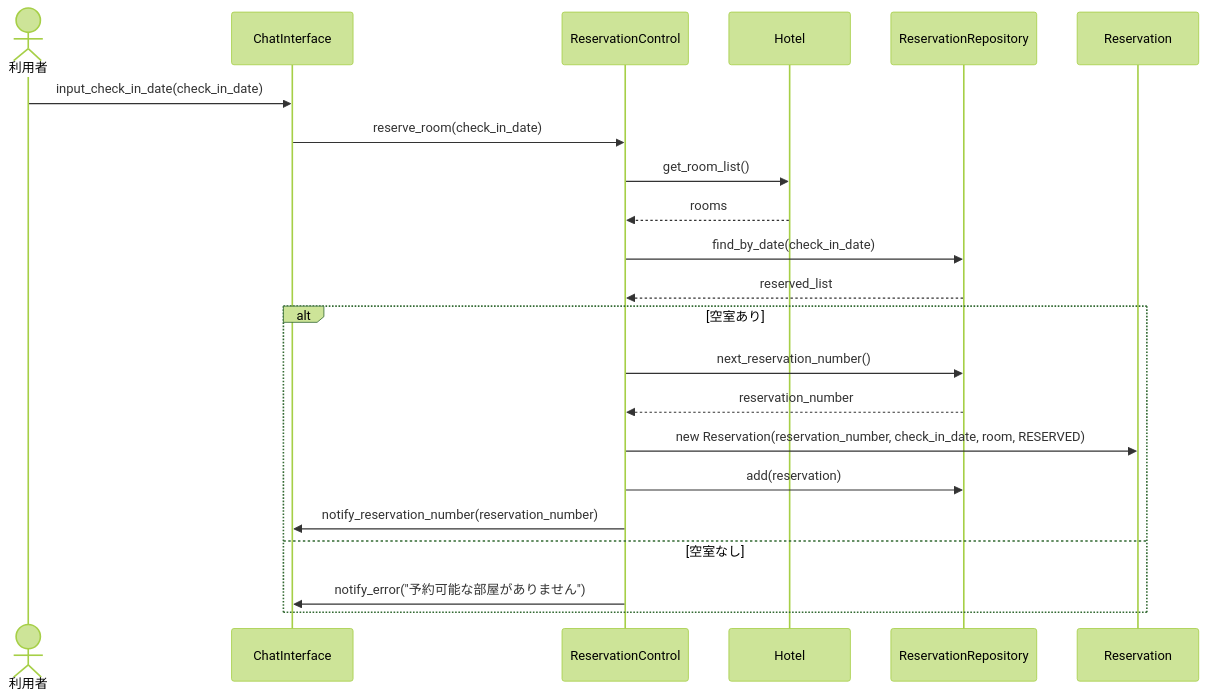
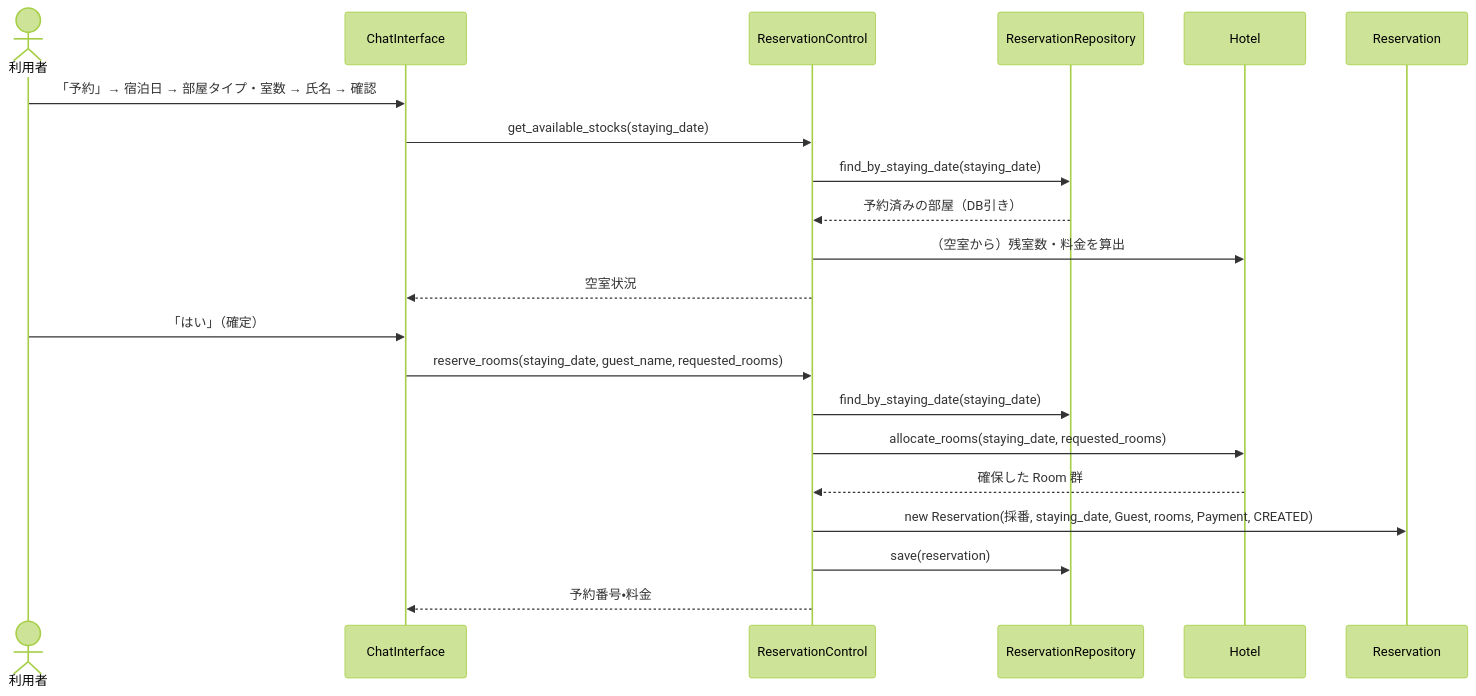
One commit to Kohki-tyl/HRS changed the fourth of 6 diagrams in Design.md. Above: the diagram before and after it, drawn with Mermaid (forest theme). The commit also changed other lines of this file, not shown here.

````diff
--- a/Design.md
+++ b/Design.md
@@ -275,25 +321,24 @@
 ```mermaid
 sequenceDiagram
     actor G as 利用者
     participant CI as ChatInterface
     participant RC as ReservationControl
+    participant REPO as ReservationRepository
     participant HT as Hotel
-    participant REPO as ReservationRepository
     participant RV as Reservation
 
-    G->>CI: input_check_in_date(check_in_date)
-    CI->>RC: reserve_room(check_in_date)
-    RC->>HT: get_room_list()
-    HT-->>RC: rooms
-    RC->>REPO: find_by_date(check_in_date)
-    REPO-->>RC: reserved_list
-    alt 空室あり
-        RC->>REPO: next_reservation_number()
-        REPO-->>RC: reservation_number
-        RC->>RV: new Reservation(reservation_number, check_in_date, room, RESERVED)
-        RC->>REPO: add(reservation)
-        RC->>CI: notify_reservation_number(reservation_number)
-    else 空室なし
-        RC->>CI: notify_error("予約可能な部屋がありません")
-    end
+    G->>CI: 「予約」→ 宿泊日 → 部屋タイプ・室数 → 氏名 → 確認
+    CI->>RC: get_available_stocks(staying_date)
+    RC->>REPO: find_by_staying_date(staying_date)
+    REPO-->>RC: 予約済みの部屋（DB引き）
+    RC->>HT: （空室から）残室数・料金を算出
+    RC-->>CI: 空室状況
+    G->>CI: 「はい」（確定）
+    CI->>RC: reserve_rooms(staying_date, guest_name, requested_rooms)
+    RC->>REPO: find_by_staying_date(staying_date)
+    RC->>HT: allocate_rooms(staying_date, requested_rooms)
+    HT-->>RC: 確保した Room 群
+    RC->>RV: new Reservation(採番, staying_date, Guest, rooms, Payment, CREATED)
+    RC->>REPO: save(reservation)
+    RC-->>CI: 予約番号・料金
 ```
````
